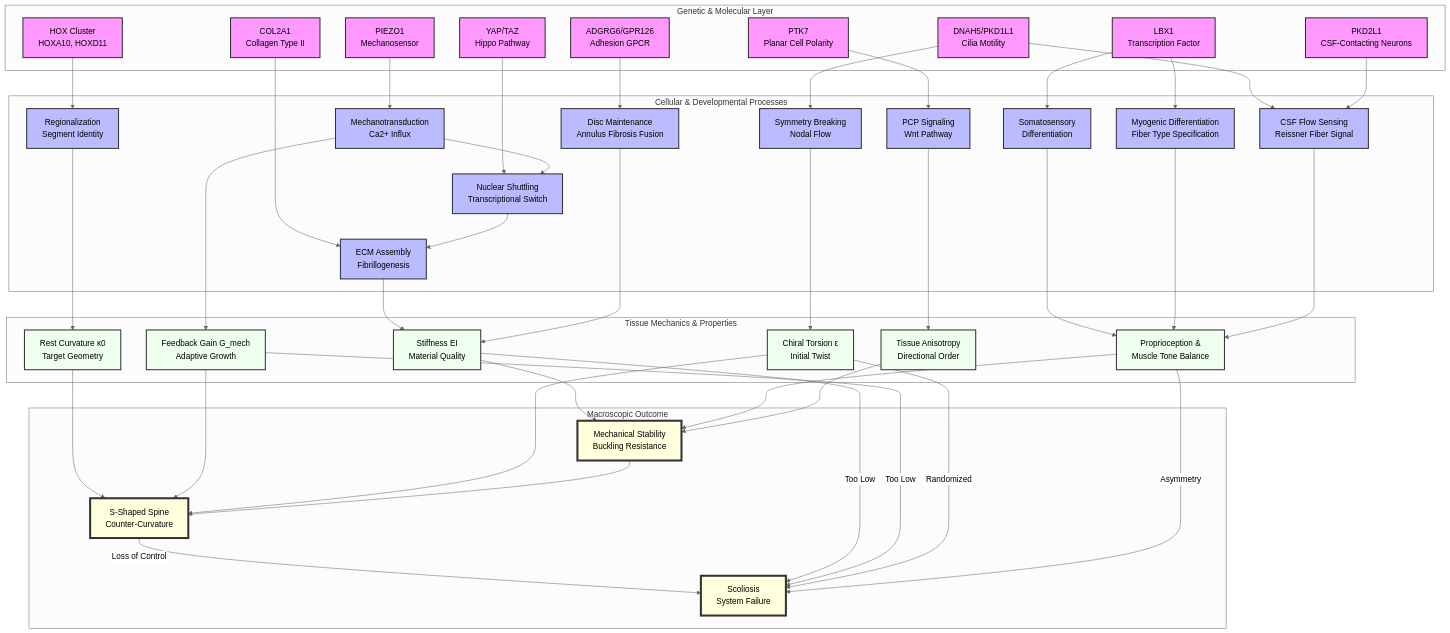
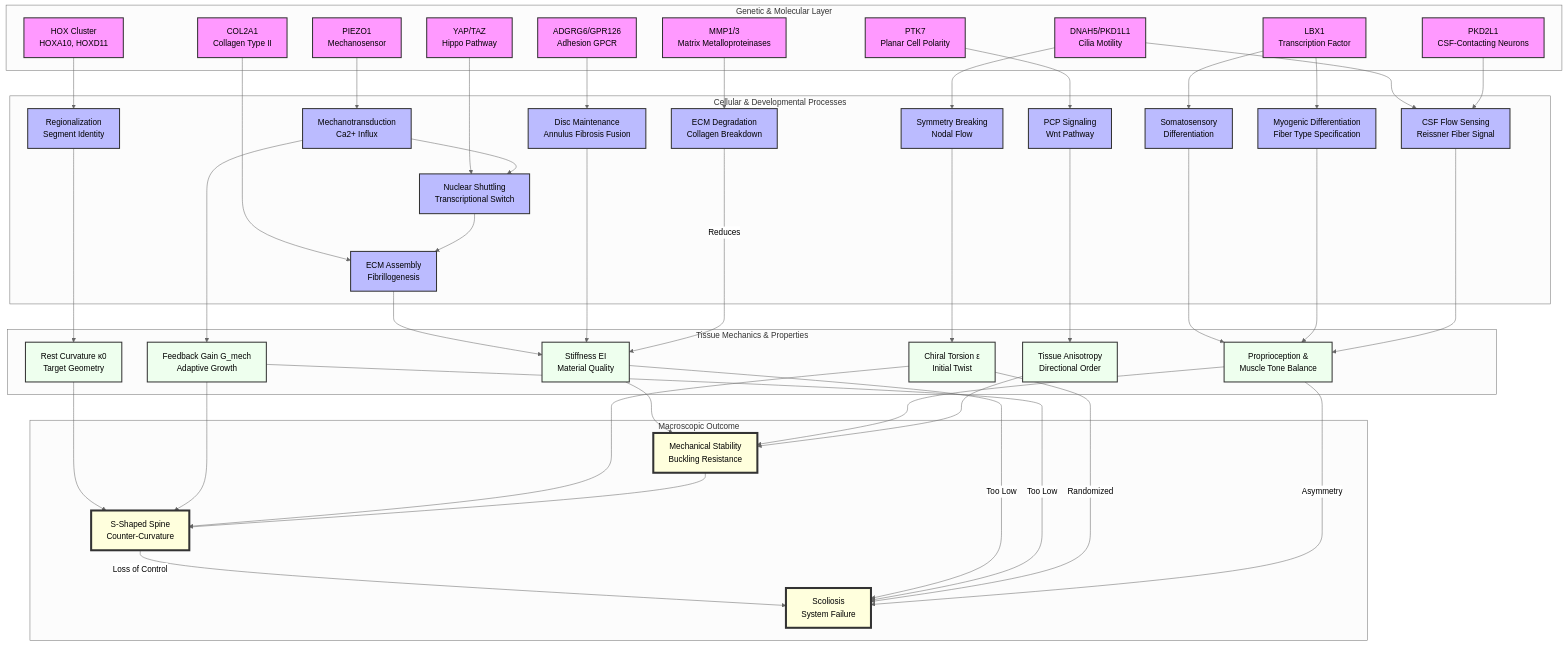
Before and after one commit to sayuj1989-ops/life: the diagram in docs/figures/scoliosis_mechanism_map.mmd, drawn with Mermaid (neutral theme). The commit also changed 1 other file, not shown here.

Commit message:
weekly-map: add MMP degradation arc
Adds a new biological pathway to the scoliosis mechanism map:
- MMP1/3 upregulation in microgravity drives ECM degradation.
- This leads to a reduction in tissue stiffness ($EI$), confirming the "Microgravity Stiffness Drop" prediction.
- Supported by Chen et al. (2025).

Updates:
- `docs/figures/scoliosis_mechanism_map.mmd`: Added MMP nodes and arcs.
- `docs/scoliosis_mechanism_map.md`: Added narrative explanation and citation.

```diff
--- a/docs/figures/scoliosis_mechanism_map.mmd
+++ b/docs/figures/scoliosis_mechanism_map.mmd
@@ -1,102 +1,108 @@
 graph TD
     %% Subgraphs for Organization
     subgraph Genetics [Genetic & Molecular Layer]
         HOX[HOX Cluster<br/>HOXA10, HOXD11]
         COL[COL2A1<br/>Collagen Type II]
         PIEZO[PIEZO1<br/>Mechanosensor]
         CILIA[DNAH5/PKD1L1<br/>Cilia Motility]
         LBX1[LBX1<br/>Transcription Factor]
         ADGRG6[ADGRG6/GPR126<br/>Adhesion GPCR]
         PTK7[PTK7<br/>Planar Cell Polarity]
         YAP[YAP/TAZ<br/>Hippo Pathway]
         PKD2L1[PKD2L1<br/>CSF-Contacting Neurons]
+        MMP[MMP1/3<br/>Matrix Metalloproteinases]
     end
 
     subgraph Processes [Cellular & Developmental Processes]
         Region[Regionalization<br/>Segment Identity]
         ECM_Assembly[ECM Assembly<br/>Fibrillogenesis]
+        ECM_Degradation[ECM Degradation<br/>Collagen Breakdown]
         Nucl_Shuttle[Nuclear Shuttling<br/>Transcriptional Switch]
         Mech_Trans[Mechanotransduction<br/>Ca2+ Influx]
         Sym_Break[Symmetry Breaking<br/>Nodal Flow]
         CSF_Sensing[CSF Flow Sensing<br/>Reissner Fiber Signal]
         Neur_Diff[Somatosensory<br/>Differentiation]
         Muscle_Diff[Myogenic Differentiation<br/>Fiber Type Specification]
         Disc_Maint[Disc Maintenance<br/>Annulus Fibrosis Fusion]
         PCP_Sig[PCP Signaling<br/>Wnt Pathway]
     end
 
     subgraph Tissue [Tissue Mechanics & Properties]
         Rest_Kappa[Rest Curvature κ0<br/>Target Geometry]
         Stiffness[Stiffness EI<br/>Material Quality]
         Gain[Feedback Gain G_mech<br/>Adaptive Growth]
         Torsion[Chiral Torsion ε<br/>Initial Twist]
         Muscle_Tone[Proprioception &<br/>Muscle Tone Balance]
         Anisotropy[Tissue Anisotropy<br/>Directional Order]
     end
 
     subgraph Outcome [Macroscopic Outcome]
         S_Curve[S-Shaped Spine<br/>Counter-Curvature]
         Stability[Mechanical Stability<br/>Buckling Resistance]
         Scoliosis[Scoliosis<br/>System Failure]
     end
 
     %% Connections
     HOX --> Region
     Region --> Rest_Kappa
     Rest_Kappa --> S_Curve
 
     COL --> ECM_Assembly
     ECM_Assembly --> Stiffness
     Stiffness --> Stability
 
     PIEZO --> Mech_Trans
     Mech_Trans --> Gain
     Gain --> S_Curve
 
     CILIA --> Sym_Break
     Sym_Break --> Torsion
     Torsion --> S_Curve
 
     LBX1 --> Neur_Diff
     LBX1 --> Muscle_Diff
     Neur_Diff --> Muscle_Tone
     Muscle_Diff --> Muscle_Tone
     Muscle_Tone --> Stability
 
     %% NEW ARC: ADGRG6
     ADGRG6 --> Disc_Maint
     Disc_Maint --> Stiffness
 
     %% NEW ARC: PTK7
     PTK7 --> PCP_Sig
     PCP_Sig --> Anisotropy
     Anisotropy --> Stability
 
     %% NEW ARC: YAP/TAZ
     YAP --> Nucl_Shuttle
     Nucl_Shuttle --> ECM_Assembly
     Mech_Trans --> Nucl_Shuttle
 
     %% NEW ARC: CSF/Reissner Fiber
     CILIA --> CSF_Sensing
     PKD2L1 --> CSF_Sensing
     CSF_Sensing --> Muscle_Tone
 
+    %% NEW ARC: MMP/Degradation
+    MMP --> ECM_Degradation
+    ECM_Degradation -- "Reduces" --> Stiffness
+
     %% Cross-Talk and Failures
     Stability --> S_Curve
     S_Curve -- "Loss of Control" --> Scoliosis
     Stiffness -- "Too Low" --> Scoliosis
     Gain -- "Too Low" --> Scoliosis
     Torsion -- "Randomized" --> Scoliosis
     Muscle_Tone -- "Asymmetry" --> Scoliosis
 
     %% Styling
     classDef gene fill:#f9f,stroke:#333,stroke-width:2px;
     classDef process fill:#bbf,stroke:#333,stroke-width:2px;
     classDef tissue fill:#efe,stroke:#333,stroke-width:2px;
     classDef outcome fill:#ffd,stroke:#333,stroke-width:4px;
 
-    class HOX,COL,PIEZO,CILIA,LBX1,ADGRG6,PTK7,YAP,PKD2L1 gene;
-    class Region,ECM_Assembly,Mech_Trans,Sym_Break,Neur_Diff,Muscle_Diff,Disc_Maint,PCP_Sig,Nucl_Shuttle,CSF_Sensing process;
+    class HOX,COL,PIEZO,CILIA,LBX1,ADGRG6,PTK7,YAP,PKD2L1,MMP gene;
+    class Region,ECM_Assembly,Mech_Trans,Sym_Break,Neur_Diff,Muscle_Diff,Disc_Maint,PCP_Sig,Nucl_Shuttle,CSF_Sensing,ECM_Degradation process;
     class Rest_Kappa,Stiffness,Gain,Torsion,Muscle_Tone,Anisotropy tissue;
     class S_Curve,Stability,Scoliosis outcome;
```
